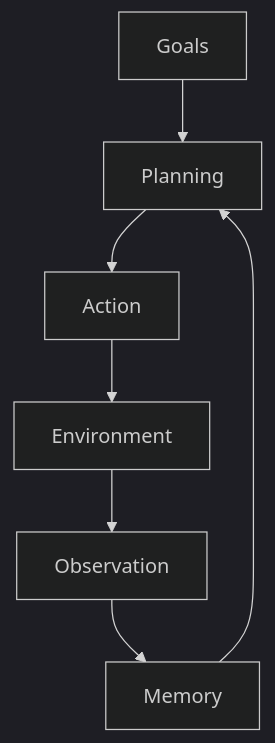
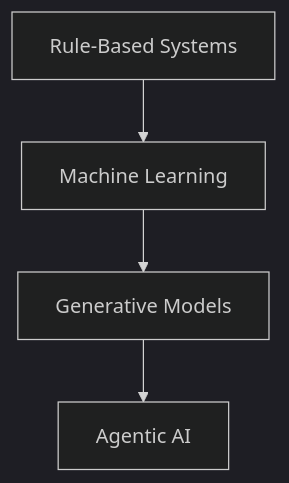
The second of 5 diagrams in docusaurus/docs/part-1/chapter-1.md (m-rizqinovniari/agentic-handbook), drawn with Mermaid (dark theme) before and after one commit. The commit also changed other lines of this file and 19 other files, not shown here.

````diff
--- a/docusaurus/docs/part-1/chapter-1.md
+++ b/docusaurus/docs/part-1/chapter-1.md
@@ -71,9 +132,6 @@
 ```mermaid
 graph TD
-    G[Goals] --> P[Planning]
-    P --> A[Action]
-    A --> E[Environment]
-    E --> O[Observation]
-    O --> M[Memory]
-    M --> P
+    A[Rule-Based Systems] --> B[Machine Learning]
+    B --> C[Generative Models]
+    C --> D[Agentic AI]
 ```
````
